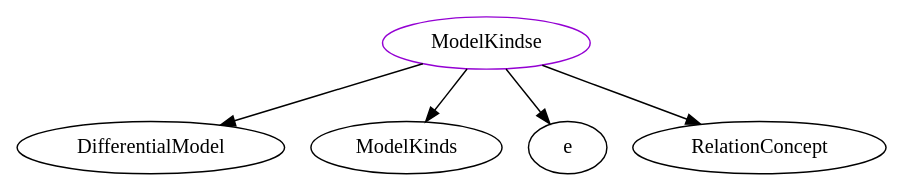
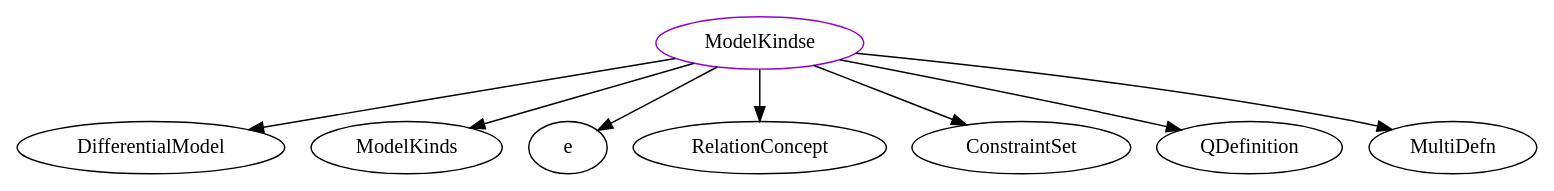
One commit to JacquesCarette/Drasil changed the diagram in analysis/TypeDependencyGraphs/theory/ModelKindse.dot. Above: the diagram before and after it, drawn with Graphviz. The commit also changed 789 other files, not shown here.

```diff
--- a/analysis/TypeDependencyGraphs/theory/ModelKindse.dot
+++ b/analysis/TypeDependencyGraphs/theory/ModelKindse.dot
@@ -1,7 +1,10 @@
 digraph modelkindse{
 ModelKindse	[shape=oval, color=darkviolet, label="ModelKindse"];
 ModelKindse -> DifferentialModel;
 ModelKindse -> ModelKinds;
 ModelKindse -> e;
 ModelKindse -> RelationConcept;
+ModelKindse -> ConstraintSet;
+ModelKindse -> QDefinition;
+ModelKindse -> MultiDefn;
 }
```
